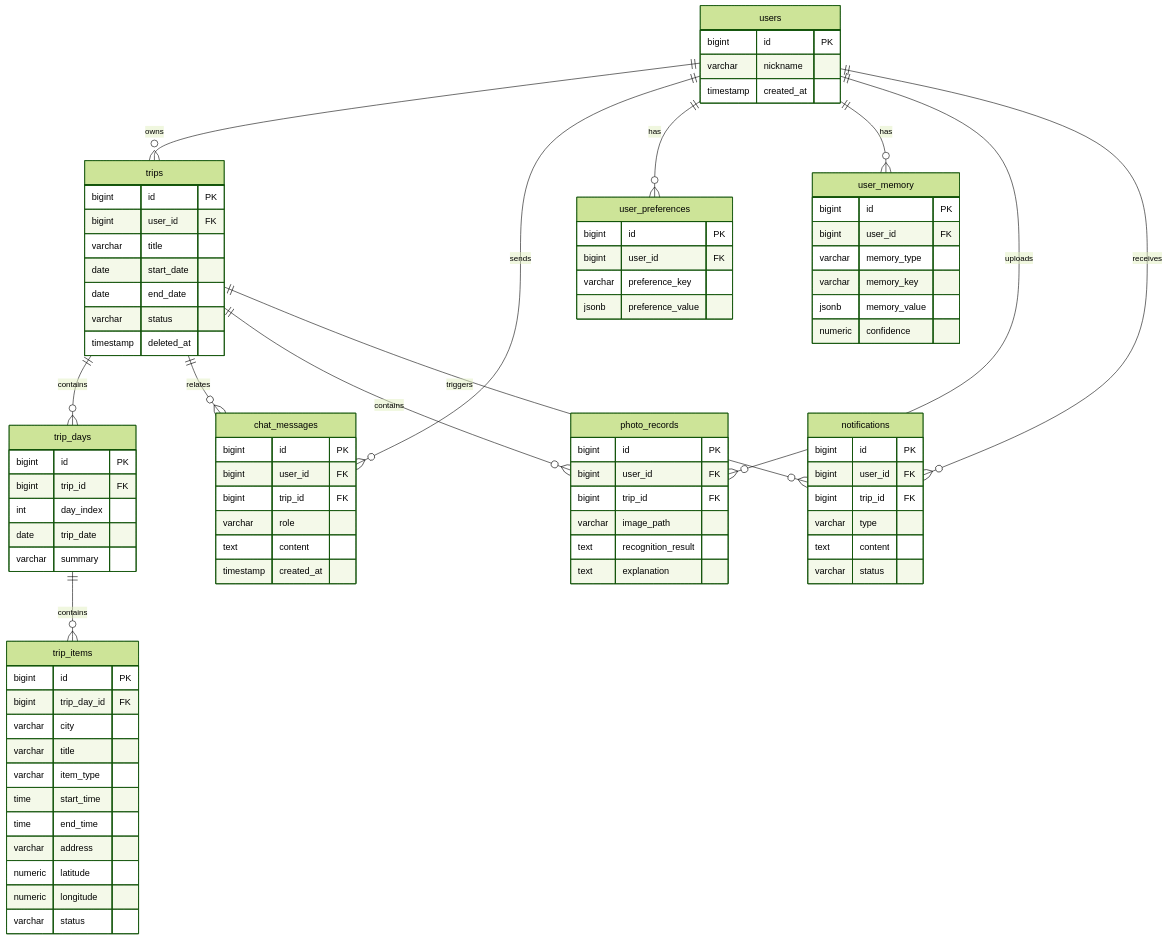
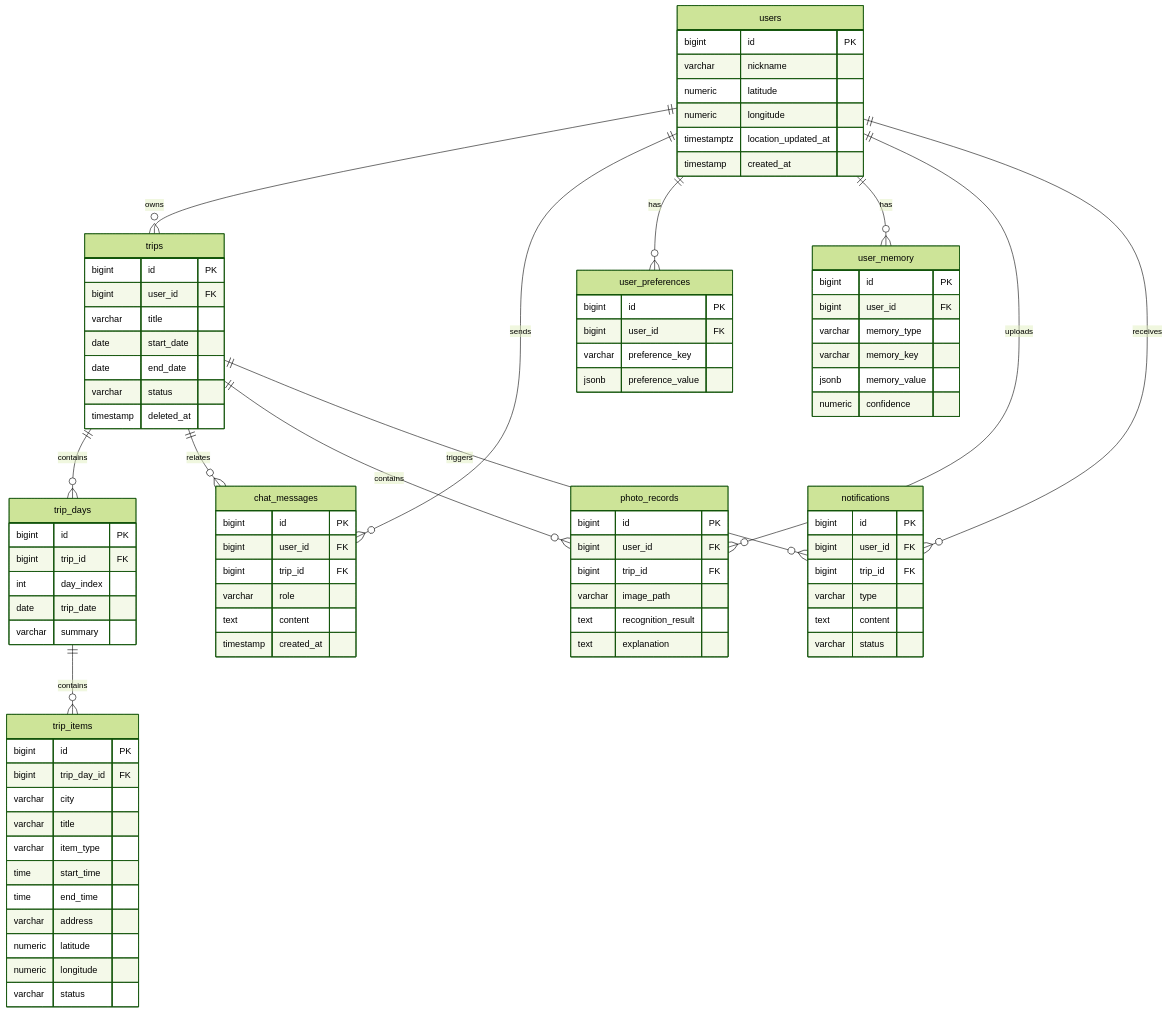
The ninth of 10 diagrams in docs/技术设计文档.md (linzch23/DaoYou), drawn with Mermaid (forest theme) before and after one commit. The commit also changed other lines of this file and 3 other files, not shown here.

```diff
--- a/docs/技术设计文档.md
+++ b/docs/技术设计文档.md
@@ -573,6 +593,9 @@
     users {
         bigint id PK
         varchar nickname
+        numeric latitude
+        numeric longitude
+        timestamptz location_updated_at
         timestamp created_at
     }
 
```
